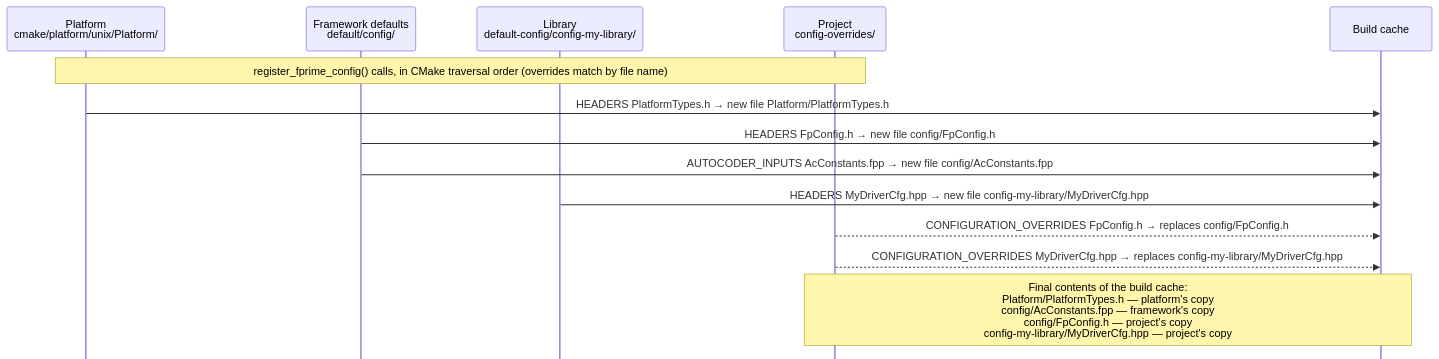
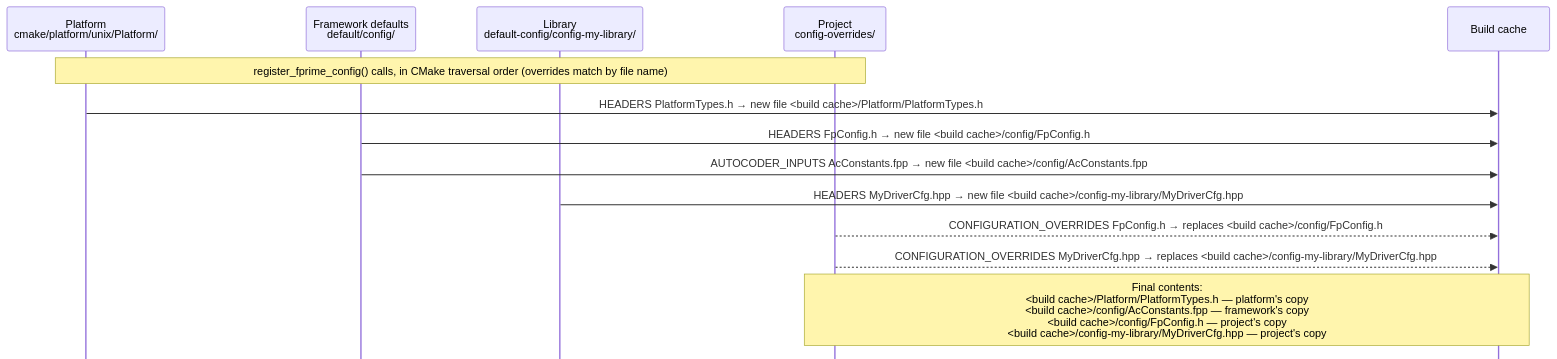
Before and after one commit to nasa/fprime: the diagram in docs/user-manual/build-system/configuration.md, drawn with Mermaid.

Commit message:
docs: prefix build-cache paths in configuration diagram

````diff
--- a/docs/user-manual/build-system/configuration.md
+++ b/docs/user-manual/build-system/configuration.md
@@ -45,18 +45,18 @@
 ```mermaid
 %%{init: {'sequence': {'mirrorActors': false, 'actorMargin': 90}}}%%
 sequenceDiagram
     participant P as Platform<br>cmake/platform/unix/Platform/
     participant F as Framework defaults<br>default/config/
     participant L as Library<br>default-config/config-my-library/
     participant J as Project<br>config-overrides/
     participant C as Build cache
 
     Note over P,J: register_fprime_config() calls, in CMake traversal order (overrides match by file name)
-    P->>C: HEADERS PlatformTypes.h → new file Platform/PlatformTypes.h
-    F->>C: HEADERS FpConfig.h → new file config/FpConfig.h
-    F->>C: AUTOCODER_INPUTS AcConstants.fpp → new file config/AcConstants.fpp
-    L->>C: HEADERS MyDriverCfg.hpp → new file config-my-library/MyDriverCfg.hpp
-    J-->>C: CONFIGURATION_OVERRIDES FpConfig.h → replaces config/FpConfig.h
-    J-->>C: CONFIGURATION_OVERRIDES MyDriverCfg.hpp → replaces config-my-library/MyDriverCfg.hpp
-    Note over J,C: Final contents of the build cache:<br>Platform/PlatformTypes.h — platform's copy<br>config/AcConstants.fpp — framework's copy<br>config/FpConfig.h — project's copy<br>config-my-library/MyDriverCfg.hpp — project's copy
+    P->>C: HEADERS PlatformTypes.h → new file #lt;build cache#gt;/Platform/PlatformTypes.h
+    F->>C: HEADERS FpConfig.h → new file #lt;build cache#gt;/config/FpConfig.h
+    F->>C: AUTOCODER_INPUTS AcConstants.fpp → new file #lt;build cache#gt;/config/AcConstants.fpp
+    L->>C: HEADERS MyDriverCfg.hpp → new file #lt;build cache#gt;/config-my-library/MyDriverCfg.hpp
+    J-->>C: CONFIGURATION_OVERRIDES FpConfig.h → replaces #lt;build cache#gt;/config/FpConfig.h
+    J-->>C: CONFIGURATION_OVERRIDES MyDriverCfg.hpp → replaces #lt;build cache#gt;/config-my-library/MyDriverCfg.hpp
+    Note over J,C: Final contents:<br>#lt;build cache#gt;/Platform/PlatformTypes.h — platform's copy<br>#lt;build cache#gt;/config/AcConstants.fpp — framework's copy<br>#lt;build cache#gt;/config/FpConfig.h — project's copy<br>#lt;build cache#gt;/config-my-library/MyDriverCfg.hpp — project's copy
 ```
````
